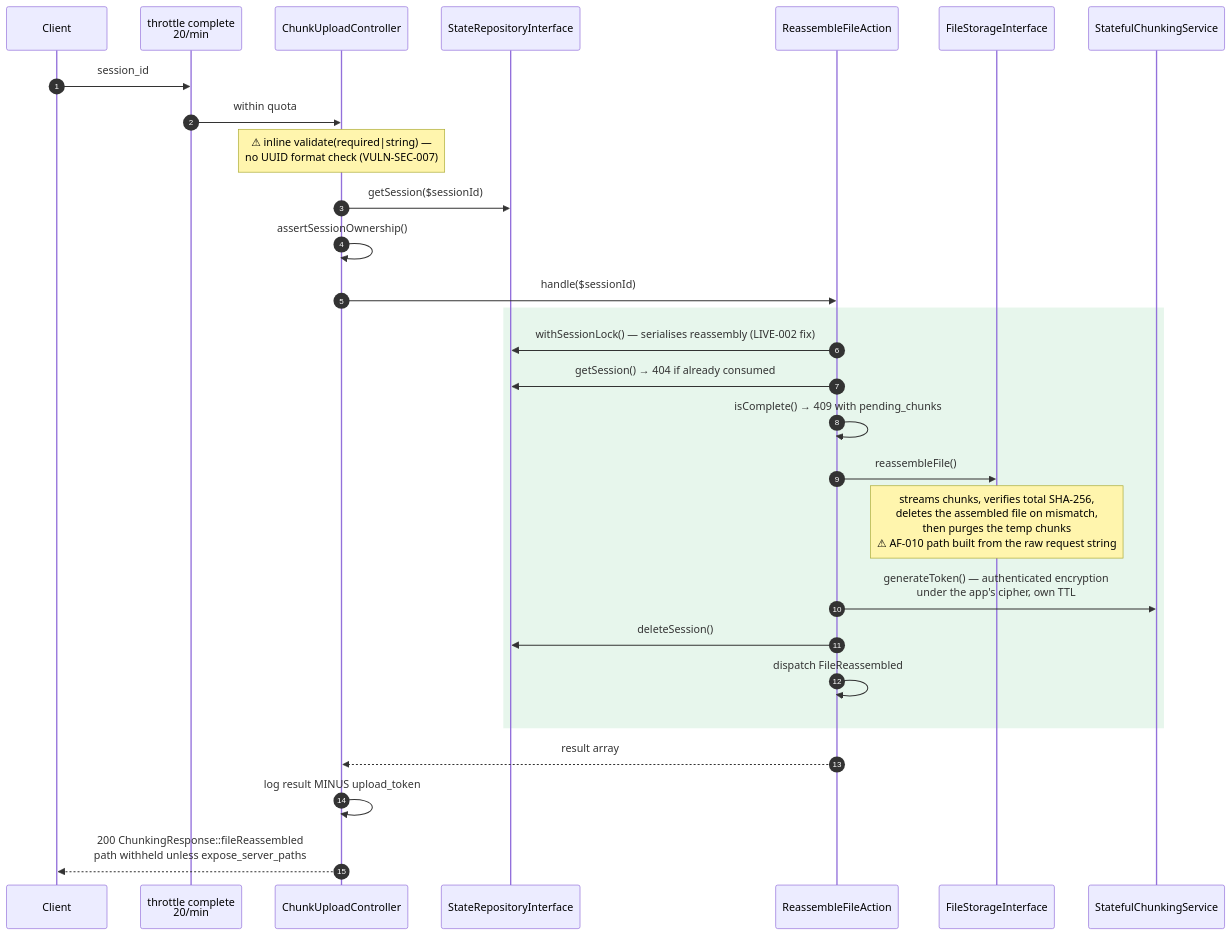
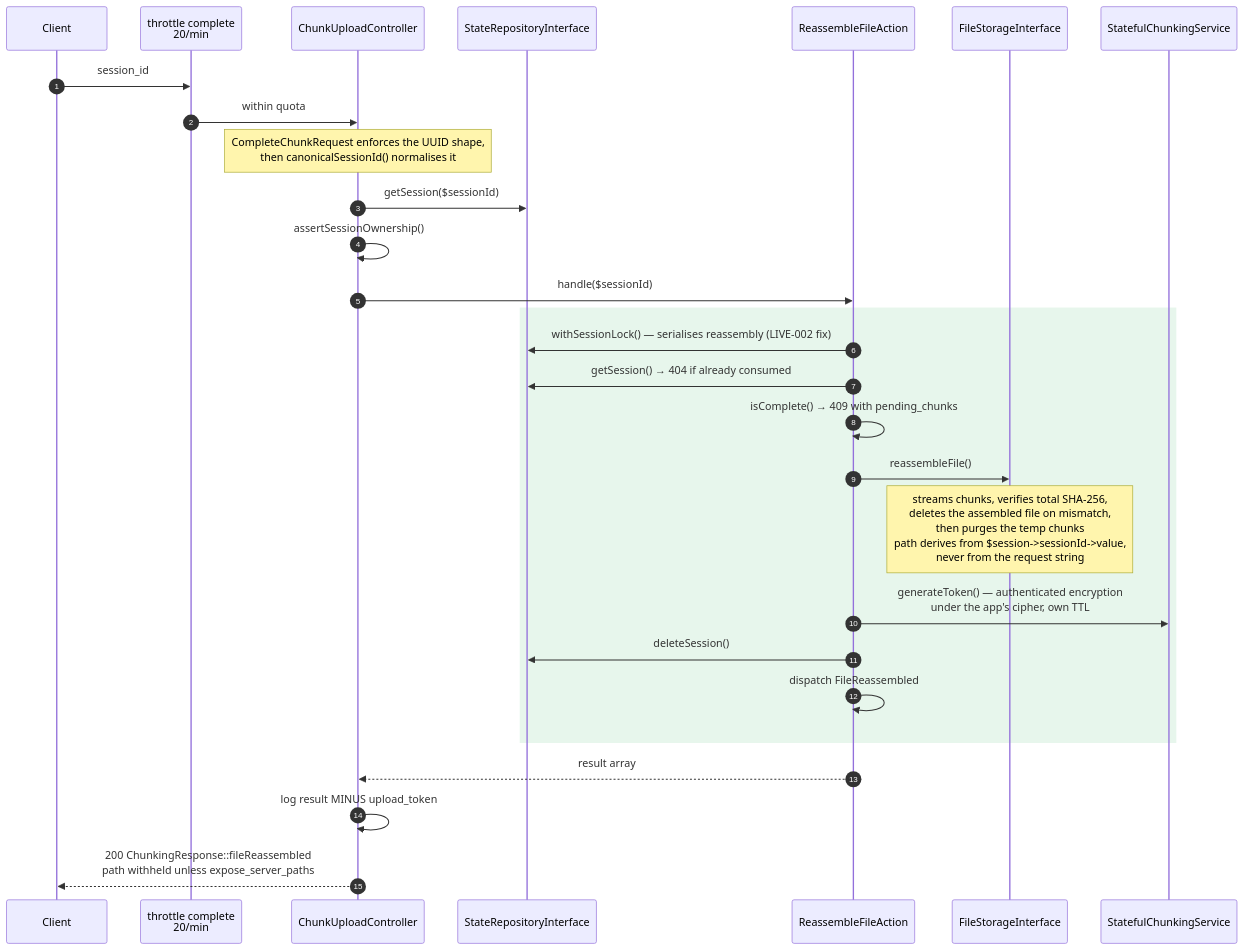
Before and after one commit to JuanGuerreroDev/stateful-chunking-package: the fourth of 6 diagrams in docs/architecture/request-lifecycle.md, drawn with Mermaid. The commit also changed other lines of this file and 12 other files, not shown here.

````diff
--- a/docs/architecture/request-lifecycle.md
+++ b/docs/architecture/request-lifecycle.md
@@ -151,33 +159,33 @@
 ```mermaid
 sequenceDiagram
     autonumber
     participant CL as Client
     participant RL as throttle complete<br/>20/min
     participant CT as ChunkUploadController
     participant RP as StateRepositoryInterface
     participant AC as ReassembleFileAction
     participant ST as FileStorageInterface
     participant TK as StatefulChunkingService
 
     CL->>RL: session_id
     RL->>CT: within quota
-    Note over CT: ⚠ inline validate(required|string) —<br/>no UUID format check (VULN-SEC-007)
+    Note over CT: CompleteChunkRequest enforces the UUID shape,<br/>then canonicalSessionId() normalises it
     CT->>RP: getSession($sessionId)
     CT->>CT: assertSessionOwnership()
     CT->>AC: handle($sessionId)
 
     rect rgb(231, 246, 236)
         AC->>RP: withSessionLock() — serialises reassembly (LIVE-002 fix)
         AC->>RP: getSession() → 404 if already consumed
         AC->>AC: isComplete() → 409 with pending_chunks
         AC->>ST: reassembleFile()
-        Note over ST: streams chunks, verifies total SHA-256,<br/>deletes the assembled file on mismatch,<br/>then purges the temp chunks<br/>⚠ AF-010 path built from the raw request string
+        Note over ST: streams chunks, verifies total SHA-256,<br/>deletes the assembled file on mismatch,<br/>then purges the temp chunks<br/>path derives from $session->sessionId->value,<br/>never from the request string
         AC->>TK: generateToken() — authenticated encryption<br/>under the app's cipher, own TTL
         AC->>RP: deleteSession()
         AC->>AC: dispatch FileReassembled
     end
 
     AC-->>CT: result array
     CT->>CT: log result MINUS upload_token
     CT-->>CL: 200 ChunkingResponse::fileReassembled<br/>path withheld unless expose_server_paths
 ```
````
